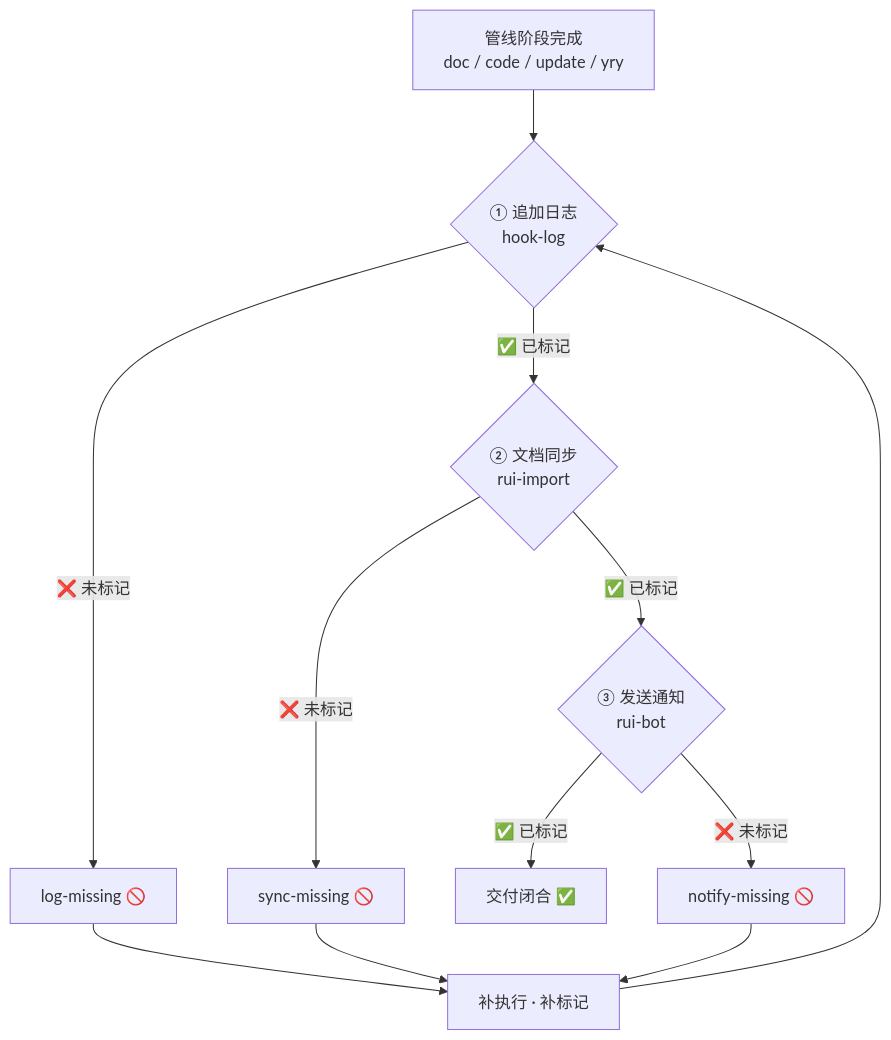
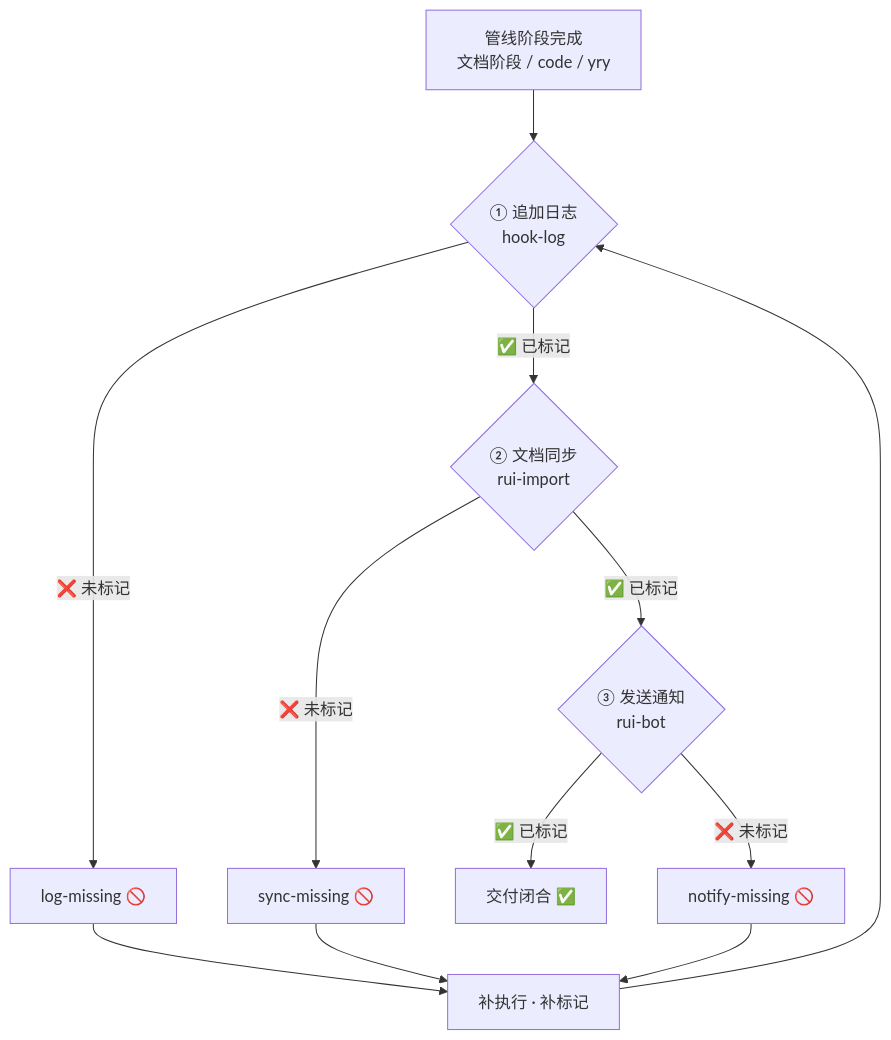
The first of 10 diagrams in rules/delivery-gate.md (effiy/YrY), drawn with Mermaid before and after one commit. The commit also changed other lines of this file and 24 other files, not shown here.

````diff
--- a/rules/delivery-gate.md
+++ b/rules/delivery-gate.md
@@ -30,16 +30,16 @@
 ```mermaid
 flowchart TB
-    STAGE["管线阶段完成<br/>doc / code / update / yry"]:::src --> L1{"① 追加日志<br/>hook-log"}
+    STAGE["管线阶段完成<br/>文档阶段 / code / yry"]:::src --> L1{"① 追加日志<br/>hook-log"}
     L1 -->|"✅ 已标记"| L2{"② 文档同步<br/>rui-import"}
     L1 -->|"❌ 未标记"| X1["log-missing 🚫"]:::block
     L2 -->|"✅ 已标记"| L3{"③ 发送通知<br/>rui-bot"}
     L2 -->|"❌ 未标记"| X2["sync-missing 🚫"]:::block
     L3 -->|"✅ 已标记"| DONE["交付闭合 ✅"]:::done
     L3 -->|"❌ 未标记"| X3["notify-missing 🚫"]:::block
 
     X1 --> RETRY["补执行 · 补标记"]:::fix
     X2 --> RETRY
     X3 --> RETRY
     RETRY --> L1
 
 ```
````
